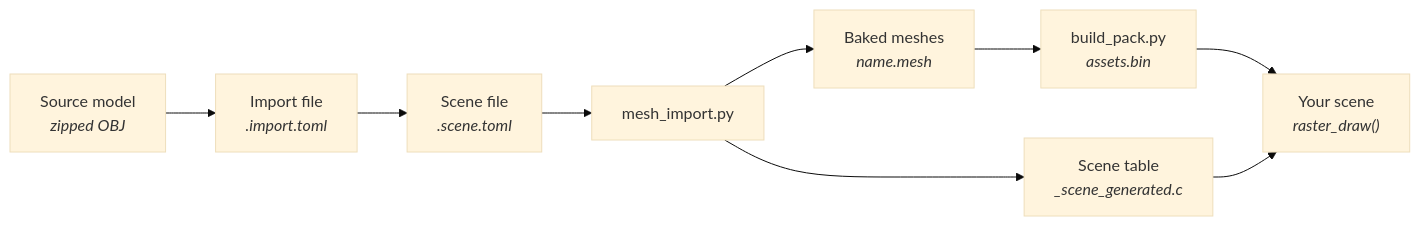
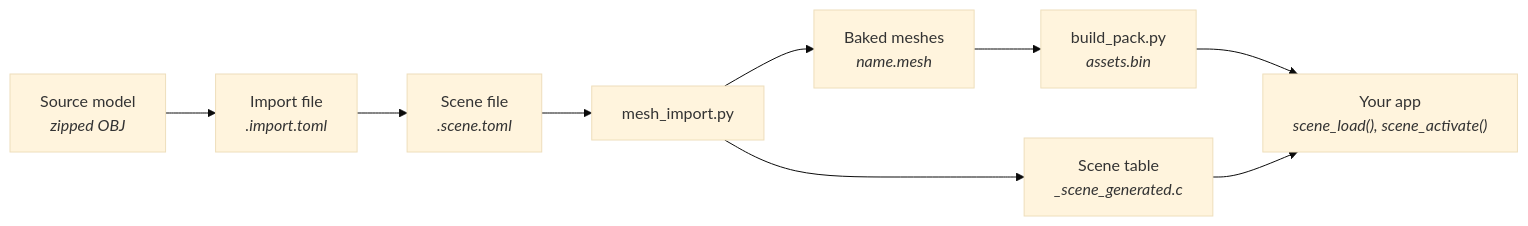
The diagram in docs/render/Building-a-Scene.md (jose-villegas/autana), drawn with Mermaid (base theme) before and after one commit. The commit also changed other lines of this file and 30 other files, not shown here.

````diff
--- a/docs/render/Building-a-Scene.md
+++ b/docs/render/Building-a-Scene.md
@@ -8,11 +8,11 @@
 ```mermaid
 flowchart LR
     Model["Source model<br/><i>zipped OBJ</i>"] --> Import["Import file<br/><i>.import.toml</i>"]
     Import --> Scene["Scene file<br/><i>.scene.toml</i>"]
     Scene --> Bake["mesh_import.py"]
     Bake --> Meshes["Baked meshes<br/><i>name.mesh</i>"]
     Meshes --> Pack["build_pack.py<br/><i>assets.bin</i>"]
     Bake --> Table["Scene table<br/><i>_scene_generated.c</i>"]
-    Pack --> Draw["Your scene<br/><i>raster_draw()</i>"]
+    Pack --> Draw["Your app<br/><i>scene_load(), scene_activate()</i>"]
     Table --> Draw
 ```
````
